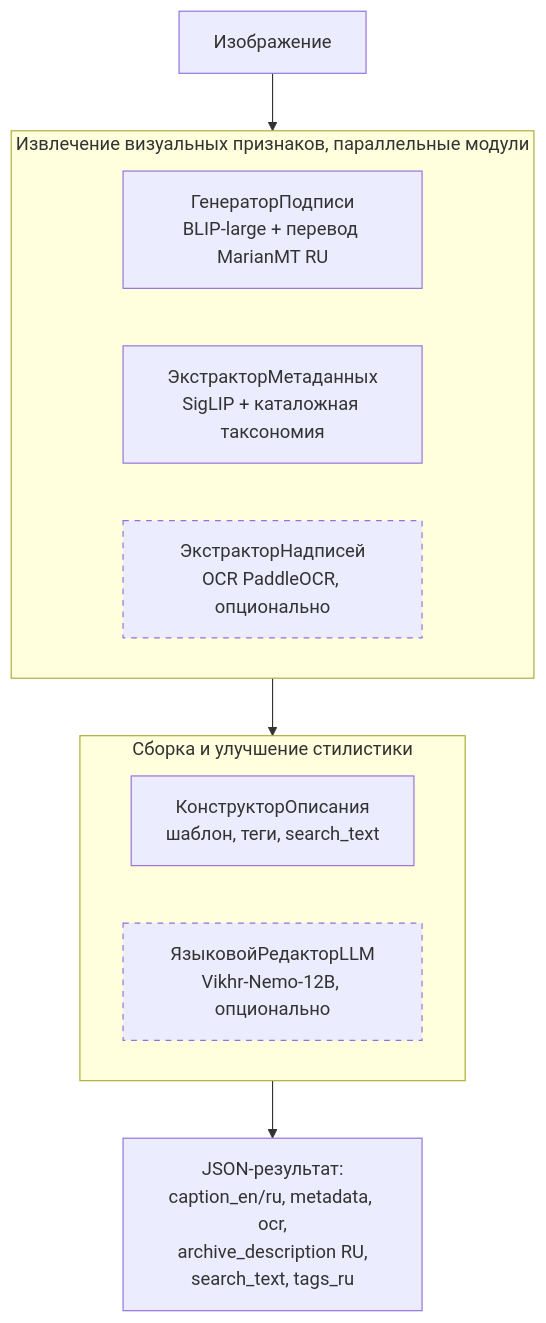
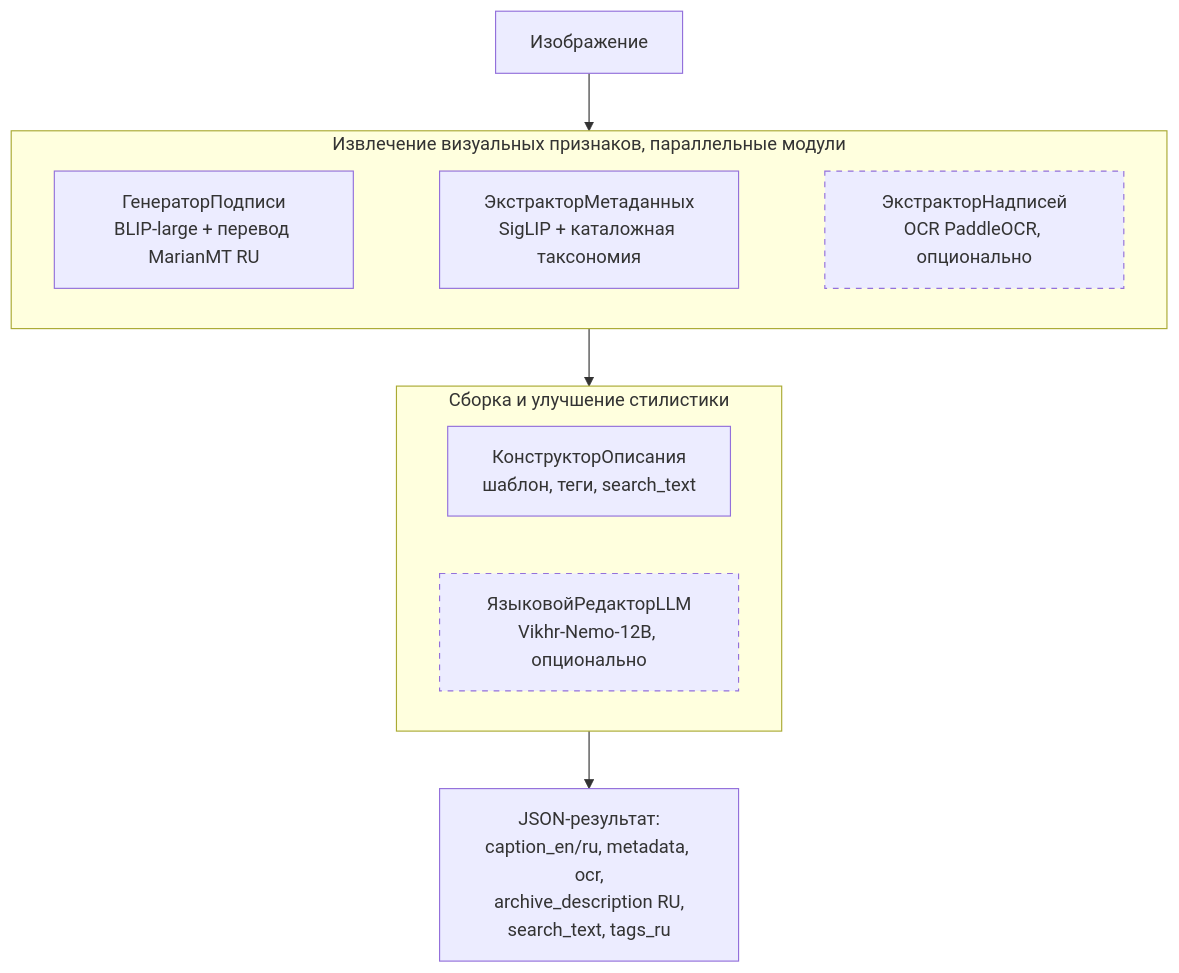
The diagram in README.md (azat-khatyn/tsu-image-description), drawn with Mermaid before and after one commit.

Commit message:
updated viz

````diff
--- a/README.md
+++ b/README.md
@@ -33,25 +33,26 @@
 ```mermaid
 flowchart TD
     IMG[Изображение]
 
     subgraph REC [Извлечение визуальных признаков, параллельные модули]
         direction LR
         BLIP[ГенераторПодписи<br/>BLIP-large + перевод MarianMT RU]
         SigLIP[ЭкстракторМетаданных<br/>SigLIP + каталожная таксономия]
         OCR[ЭкстракторНадписей<br/>OCR PaddleOCR, опционально]
+        BLIP ~~~ SigLIP ~~~ OCR
     end
 
     subgraph SEM [Сборка и улучшение стилистики]
         BUILD[КонструкторОписания<br/>шаблон, теги, search_text]
         LLM[ЯзыковойРедакторLLM<br/>Vikhr-Nemo-12B, опционально]
     end
     OUT[JSON-результат:<br/>caption_en/ru, metadata, ocr,<br/>archive_description RU,<br/>search_text, tags_ru]
 
     IMG --> REC
     REC --> SEM
     SEM --> OUT
 
     %% опциональные компоненты — пунктирная рамка
     style OCR stroke-dasharray: 5 5
     style LLM stroke-dasharray: 5 5
 ```
````
